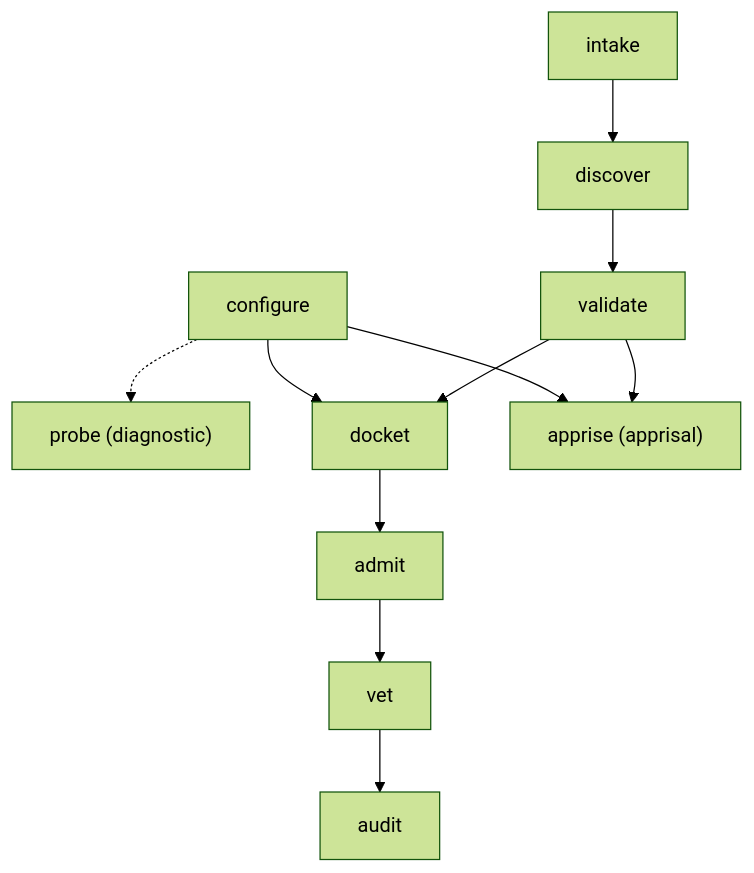
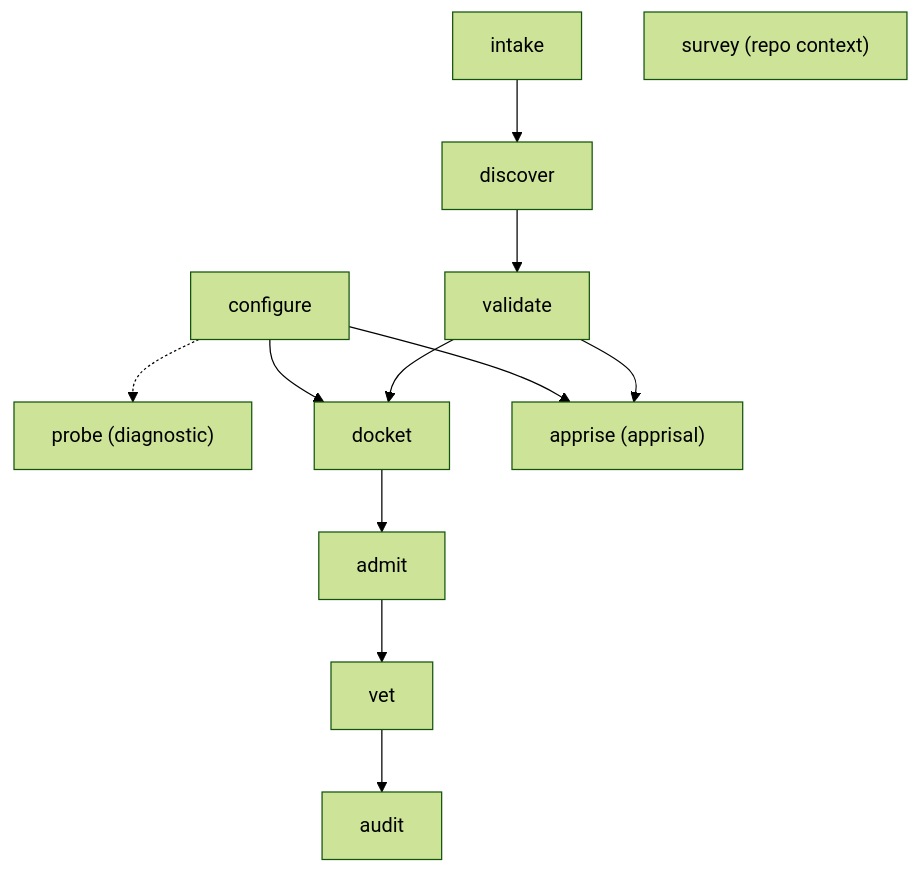
Before and after one commit to PAIR-code/canon-clerk: the diagram in docs/architecture.md, drawn with Mermaid (forest theme). The commit also changed other lines of this file and 21 other files, not shown here.

First line of the commit message:
feat(core,cli,spec): add deterministic survey DAG node and survey-context-chain policy (#450) (#466)

````diff
--- a/docs/architecture.md
+++ b/docs/architecture.md
@@ -16,12 +16,13 @@
 ```mermaid
 flowchart TD
     intake --> discover --> validate
     configure -.-> probe["probe (diagnostic)"]
+    survey["survey (repo context)"]
 
     validate --> docket
     configure --> docket
     docket --> admit --> vet --> audit
 
     validate --> apprise["apprise (apprisal)"]
     configure --> apprise
 ```
````
